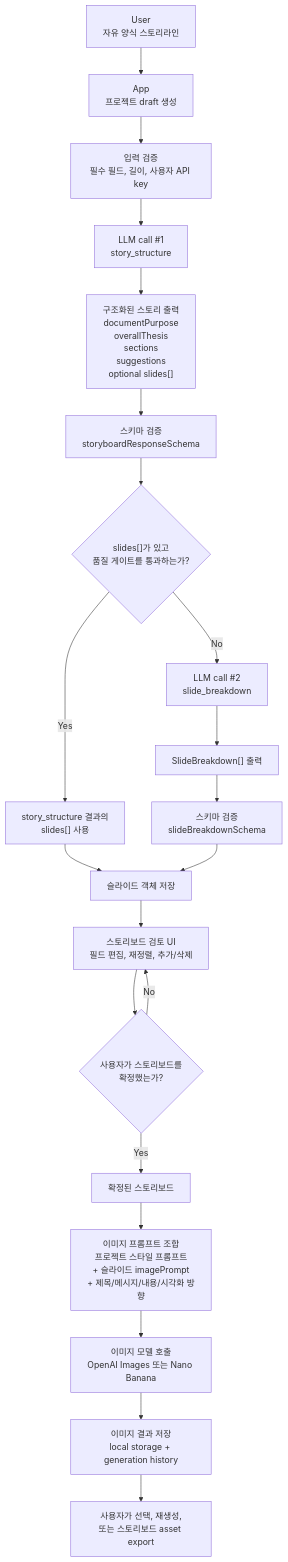
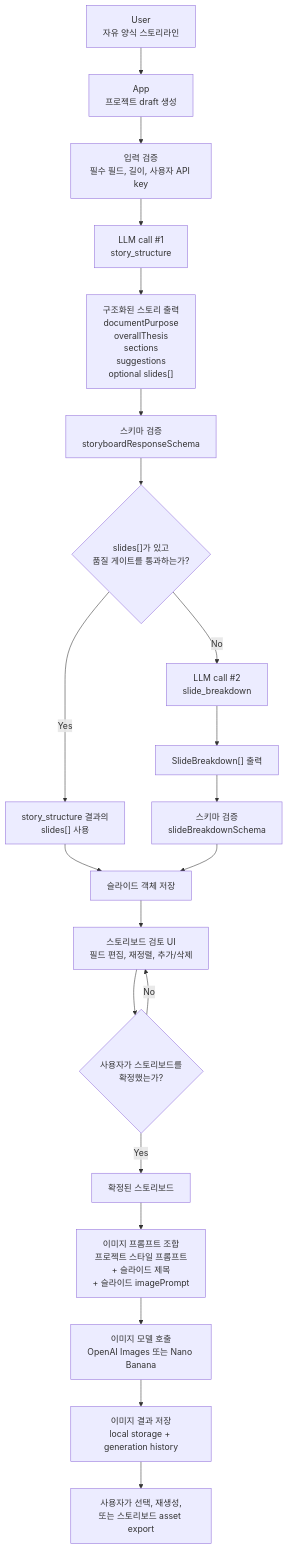
One commit to Gyu-bot/deck_storyboard changed the first of 2 diagrams in README_KO.md. Above: the diagram before and after it, drawn with Mermaid. The commit also changed other lines of this file and 3 other files, not shown here.

````diff
--- a/README_KO.md
+++ b/README_KO.md
@@ -63,29 +199,29 @@
 ```mermaid
 flowchart TD
   A["User<br/>자유 양식 스토리라인"] --> B["App<br/>프로젝트 draft 생성"]
   B --> C["입력 검증<br/>필수 필드, 길이, 사용자 API key"]
 
   C --> D["LLM call #1<br/>story_structure"]
   D --> E["구조화된 스토리 출력<br/>documentPurpose<br/>overallThesis<br/>sections<br/>suggestions<br/>optional slides[]"]
   E --> F["스키마 검증<br/>storyboardResponseSchema"]
 
   F --> G{"slides[]가 있고<br/>품질 게이트를 통과하는가?"}
 
   G -- "Yes" --> H["story_structure 결과의<br/>slides[] 사용"]
   G -- "No" --> I["LLM call #2<br/>slide_breakdown"]
   I --> J["SlideBreakdown[] 출력"]
   J --> K["스키마 검증<br/>slideBreakdownSchema"]
 
   H --> L["슬라이드 객체 저장"]
   K --> L
 
   L --> M["스토리보드 검토 UI<br/>필드 편집, 재정렬, 추가/삭제"]
   M --> N{"사용자가 스토리보드를<br/>확정했는가?"}
   N -- "No" --> M
   N -- "Yes" --> O["확정된 스토리보드"]
 
-  O --> P["이미지 프롬프트 조합<br/>프로젝트 스타일 프롬프트<br/>+ 슬라이드 imagePrompt<br/>+ 제목/메시지/내용/시각화 방향"]
+  O --> P["이미지 프롬프트 조합<br/>프로젝트 스타일 프롬프트<br/>+ 슬라이드 제목<br/>+ 슬라이드 imagePrompt"]
   P --> Q["이미지 모델 호출<br/>OpenAI Images 또는 Nano Banana"]
   Q --> R["이미지 결과 저장<br/>local storage + generation history"]
   R --> S["사용자가 선택, 재생성,<br/>또는 스토리보드 asset export"]
 ```
````
